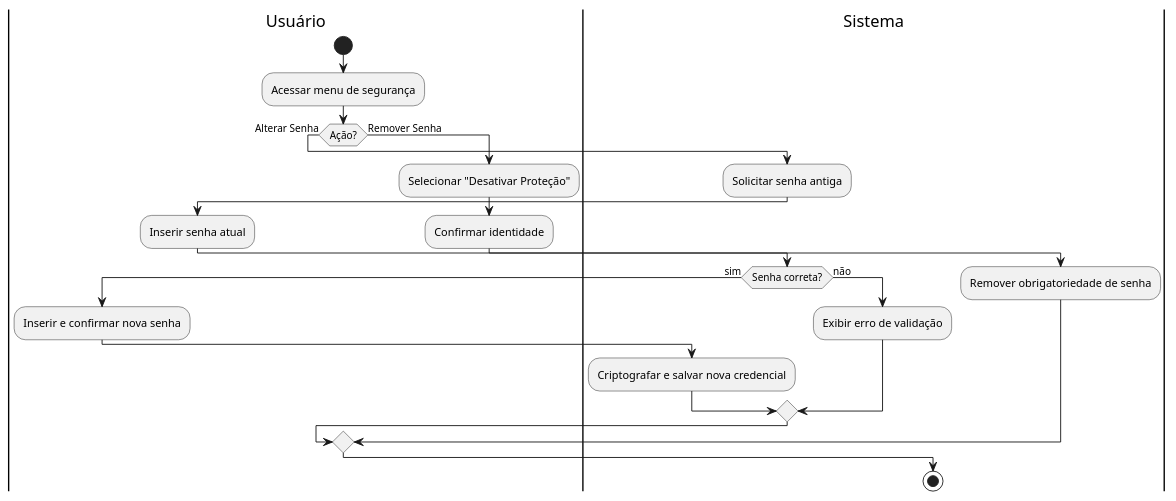
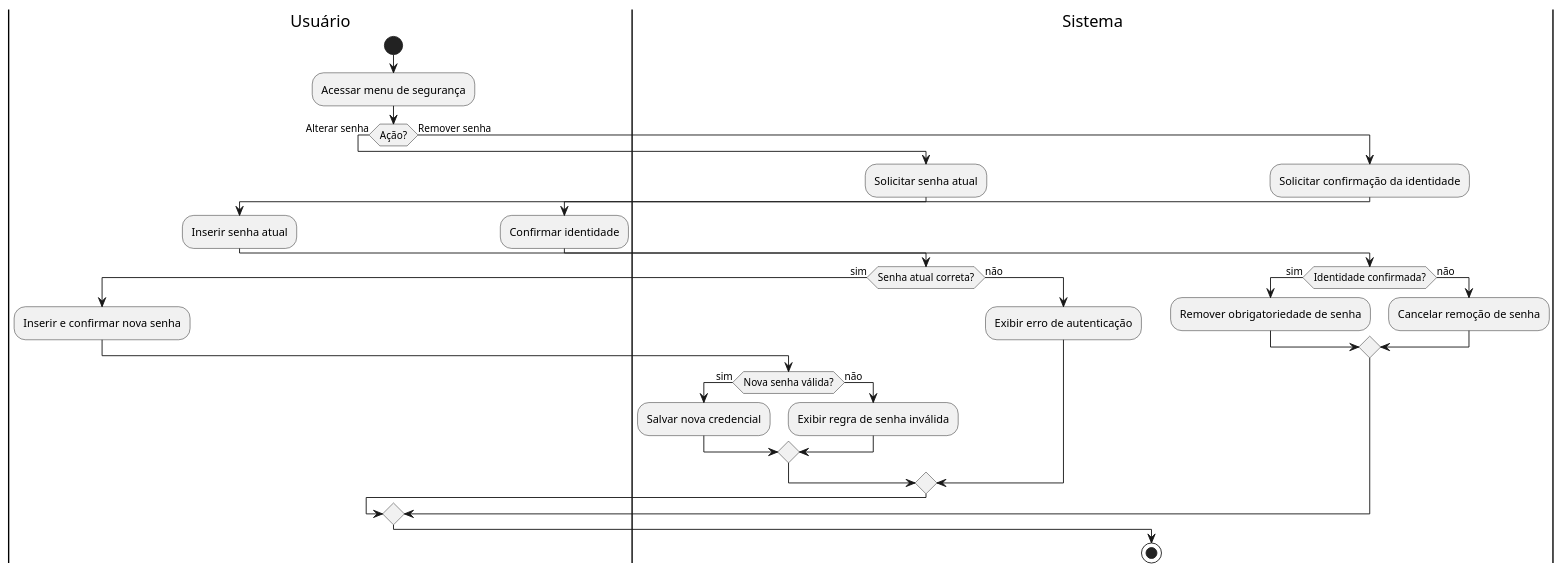
One commit to aspiringluke/Projeto-Integrado-Mobile changed the diagram in docs/casosUso/uml/diagramas_atividade/diagrama_atividade_UC20.puml. Above: the diagram before and after it, drawn with PlantUML. The commit also changed 17 other files, not shown here.

```diff
--- a/docs/casosUso/uml/diagramas_atividade/diagrama_atividade_UC20.puml
+++ b/docs/casosUso/uml/diagramas_atividade/diagrama_atividade_UC20.puml
@@ -1,30 +1,39 @@
 @startuml diagrama_UC20
 
 |Usuário|
 start
 :Acessar menu de segurança;
 
-if (Ação?) then (Alterar Senha)
+if (Ação?) then (Alterar senha)
   |Sistema|
-  :Solicitar senha antiga;
+  :Solicitar senha atual;
   |Usuário|
   :Inserir senha atual;
   |Sistema|
-  if (Senha correta?) then (sim)
+  if (Senha atual correta?) then (sim)
     |Usuário|
     :Inserir e confirmar nova senha;
     |Sistema|
-    :Criptografar e salvar nova credencial;
+    if (Nova senha válida?) then (sim)
+      :Salvar nova credencial;
+    else (não)
+      :Exibir regra de senha inválida;
+    endif
   else (não)
-    :Exibir erro de validação;
+    :Exibir erro de autenticação;
   endif
-else (Remover Senha)
+else (Remover senha)
+  |Sistema|
+  :Solicitar confirmação da identidade;
   |Usuário|
-  :Selecionar "Desativar Proteção";
   :Confirmar identidade;
   |Sistema|
-  :Remover obrigatoriedade de senha;
+  if (Identidade confirmada?) then (sim)
+    :Remover obrigatoriedade de senha;
+  else (não)
+    :Cancelar remoção de senha;
+  endif
 endif
 
 stop
 @enduml
```
